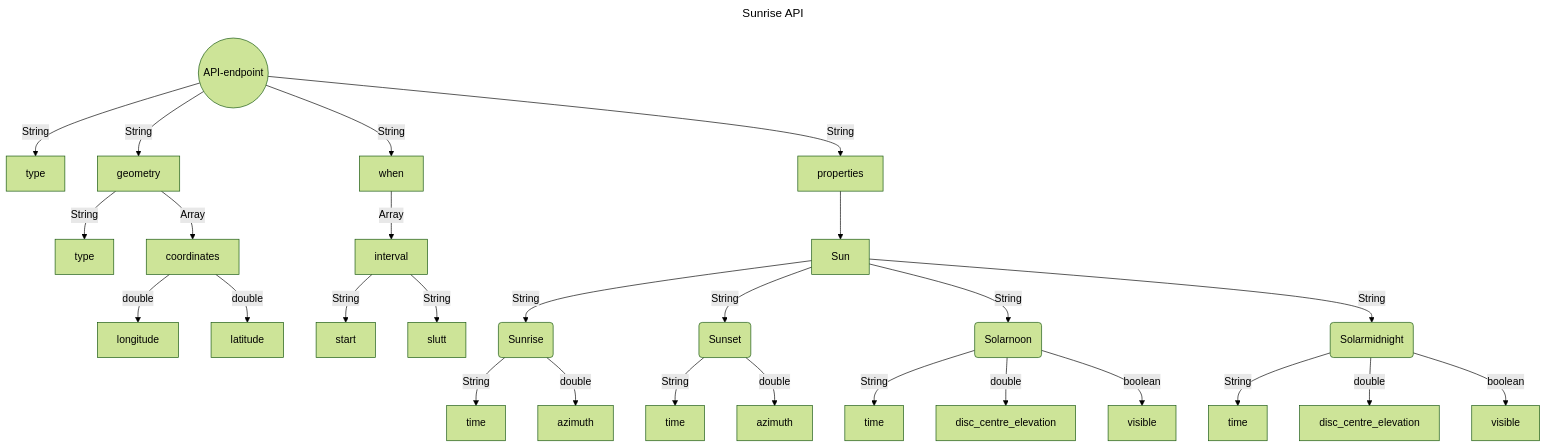
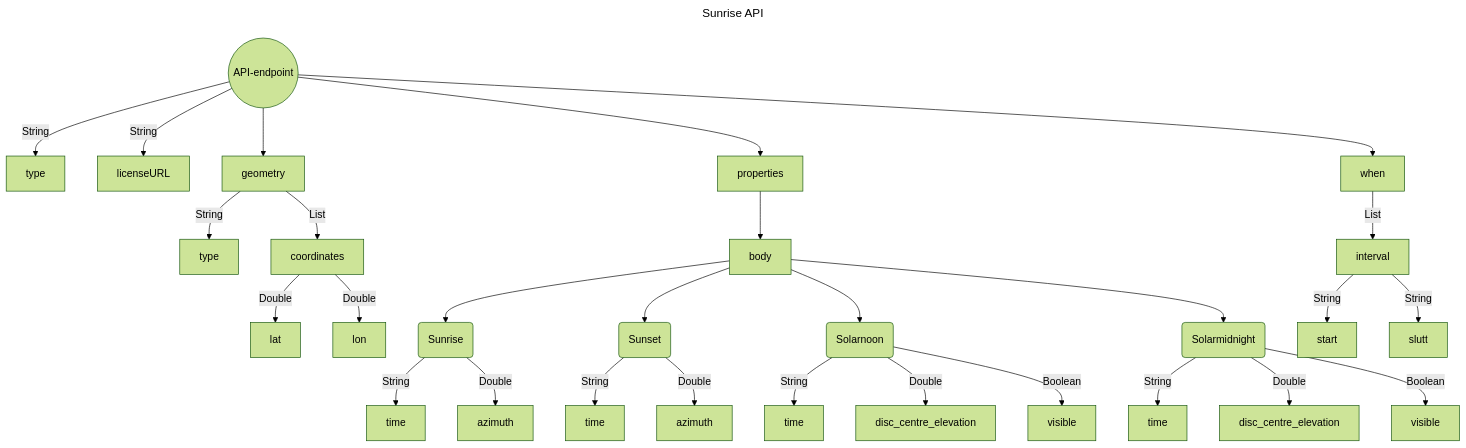
Before and after one commit to BaatBuddy/BaatBuddy: the third of 4 diagrams in API-Desc.md, drawn with Mermaid (forest theme). The commit also changed other lines of this file, not shown here.

````diff
--- a/API-Desc.md
+++ b/API-Desc.md
@@ -100,38 +115,37 @@
 ```mermaid
 ---
 title: Sunrise API
 ---
 graph TD
 
 API((API-endpoint))
 
-API --> |String| type & geometry & when & properties
+API -->|String| type & licenseURL
+API --> geometry & when & properties
 
     geometry -->|String| type2[type]
-    geometry --> |Array|coordinates
-    coordinates --> |double|longitude & latitude
+    geometry -->|List<Double>|coordinates
+    coordinates -->|Double|lat & lon
 
-    when --> |Array|interval
-    interval --> |String| start & slutt
+  properties --> 
 
-    properties --> 
+    A[body] --> B(Sunrise)
+    A --> C(Sunset)
+    A --> D(Solarnoon)
+    A --> E(Solarmidnight)
 
+    B -->|String| time1[time]
+    B -->|Double| azimuth1[azimuth]
+    C -->|String| time2[time]
+    C -->|Double| azimuth2[azimuth]
+    D -->|String| time3[time]
+    D -->|Double| disc_centre_elevation1[disc_centre_elevation]
+    D -->|Boolean| visible1[visible]
 
-  A[Sun] -->|String| B(Sunrise)
-  A -->|String| C(Sunset)
-  A -->|String| D(Solarnoon)
-  A -->|String| E(Solarmidnight)
+    E -->|String| time4[time]
+    E -->|Double| disc_centre_elevation2[disc_centre_elevation]
+    E -->|Boolean| visible2[visible]
 
-  B --> |String| time1[time]
-  B --> |double| azimuth1[azimuth]
-  C --> |String| time2[time]
-  C --> |double| azimuth2[azimuth]
-  D --> |String| time3[time]
-  D --> |double| disc_centre_elevation1[disc_centre_elevation]
-  D --> |boolean| visible1[visible]
-
-  E --> |String| time4[time]
-  E --> |double| disc_centre_elevation2[disc_centre_elevation]
-  E --> |boolean| visible2[visible]
-
+  when -->|List|interval
+  interval -->|String| start & slutt
 ```
````
